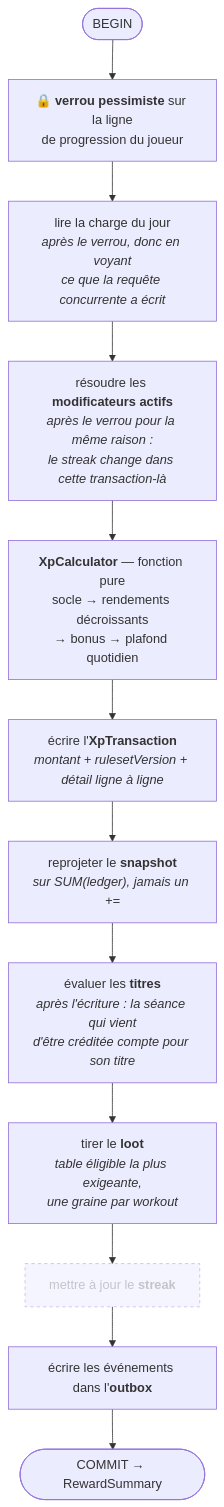
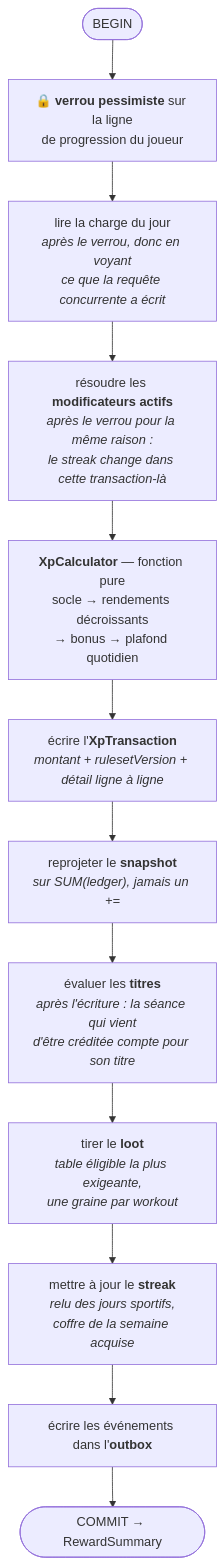
Before and after one commit to younesdiouri/grrind-back: the seventh of 13 diagrams in ARCHITECTURE.md, drawn with Mermaid. The commit also changed other lines of this file and 27 other files, not shown here.

````diff
--- a/ARCHITECTURE.md
+++ b/ARCHITECTURE.md
@@ -251,19 +251,17 @@
 ```mermaid
 flowchart TB
     start(["BEGIN"]) --> lock
 
     lock["🔒 <b>verrou pessimiste</b> sur la ligne<br/>de progression du joueur"]
     lock --> load["lire la charge du jour<br/><i>après le verrou, donc en voyant<br/>ce que la requête concurrente a écrit</i>"]
     load --> mods["résoudre les <b>modificateurs actifs</b><br/><i>après le verrou pour la même raison :<br/>le streak change dans cette transaction-là</i>"]
     mods --> calc["<b>XpCalculator</b> — fonction pure<br/>socle → rendements décroissants<br/>→ bonus → plafond quotidien"]
     calc --> ledger["écrire l'<b>XpTransaction</b><br/><i>montant + rulesetVersion + détail ligne à ligne</i>"]
     ledger --> snap["reprojeter le <b>snapshot</b><br/><i>sur SUM(ledger), jamais un +=</i>"]
     snap --> titles["évaluer les <b>titres</b><br/><i>après l'écriture : la séance qui vient<br/>d'être créditée compte pour son titre</i>"]
     titles --> loot["tirer le <b>loot</b><br/><i>table éligible la plus exigeante,<br/>une graine par workout</i>"]
-    loot --> streak["mettre à jour le <b>streak</b>"]
+    loot --> streak["mettre à jour le <b>streak</b><br/><i>relu des jours sportifs,<br/>coffre de la semaine acquise</i>"]
     streak --> obx["écrire les événements dans l'<b>outbox</b>"]
     obx --> done(["COMMIT → RewardSummary"])
 
-    classDef todo stroke-dasharray:4 4,opacity:0.5
-    class streak todo
 ```
````
